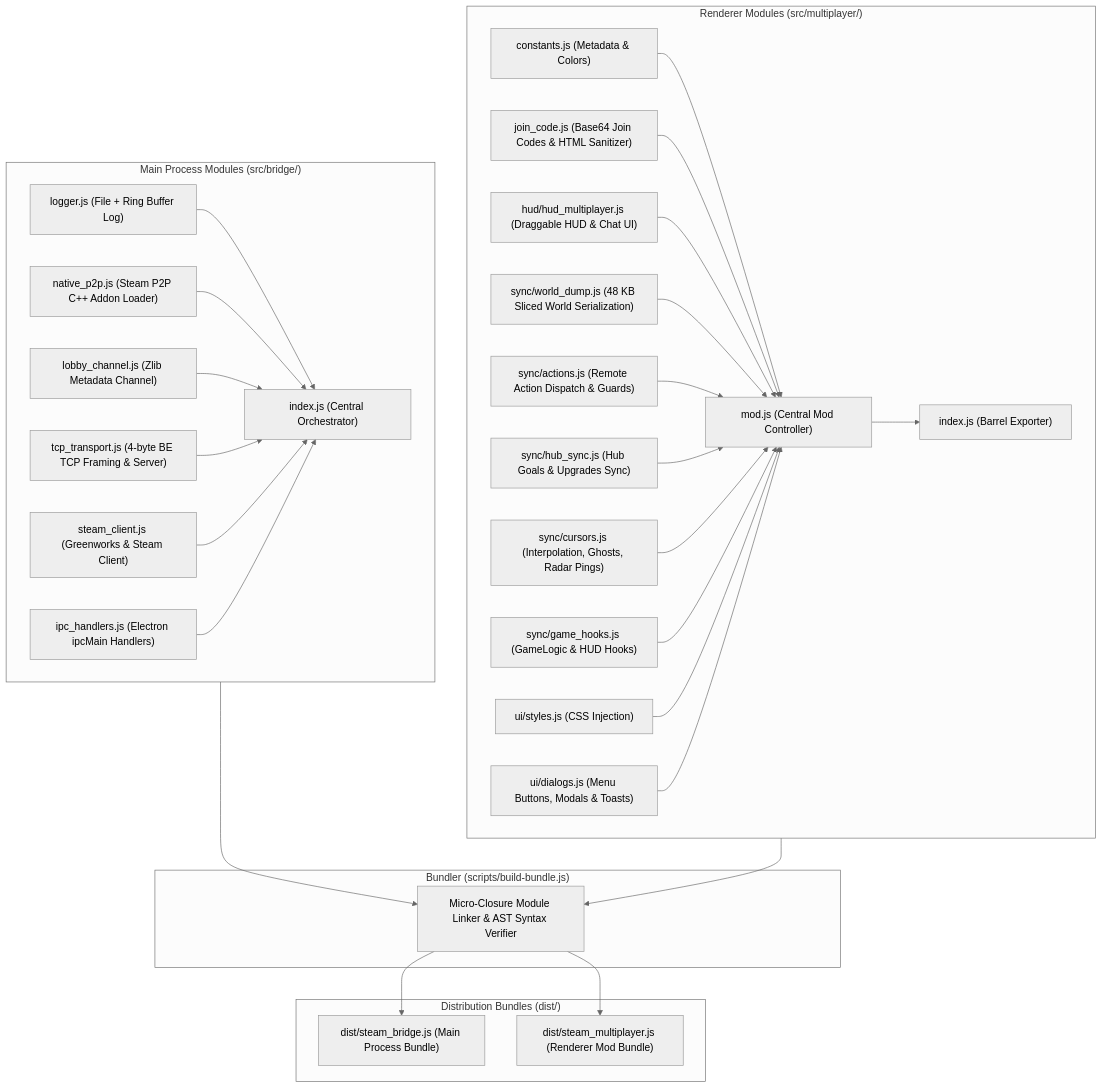
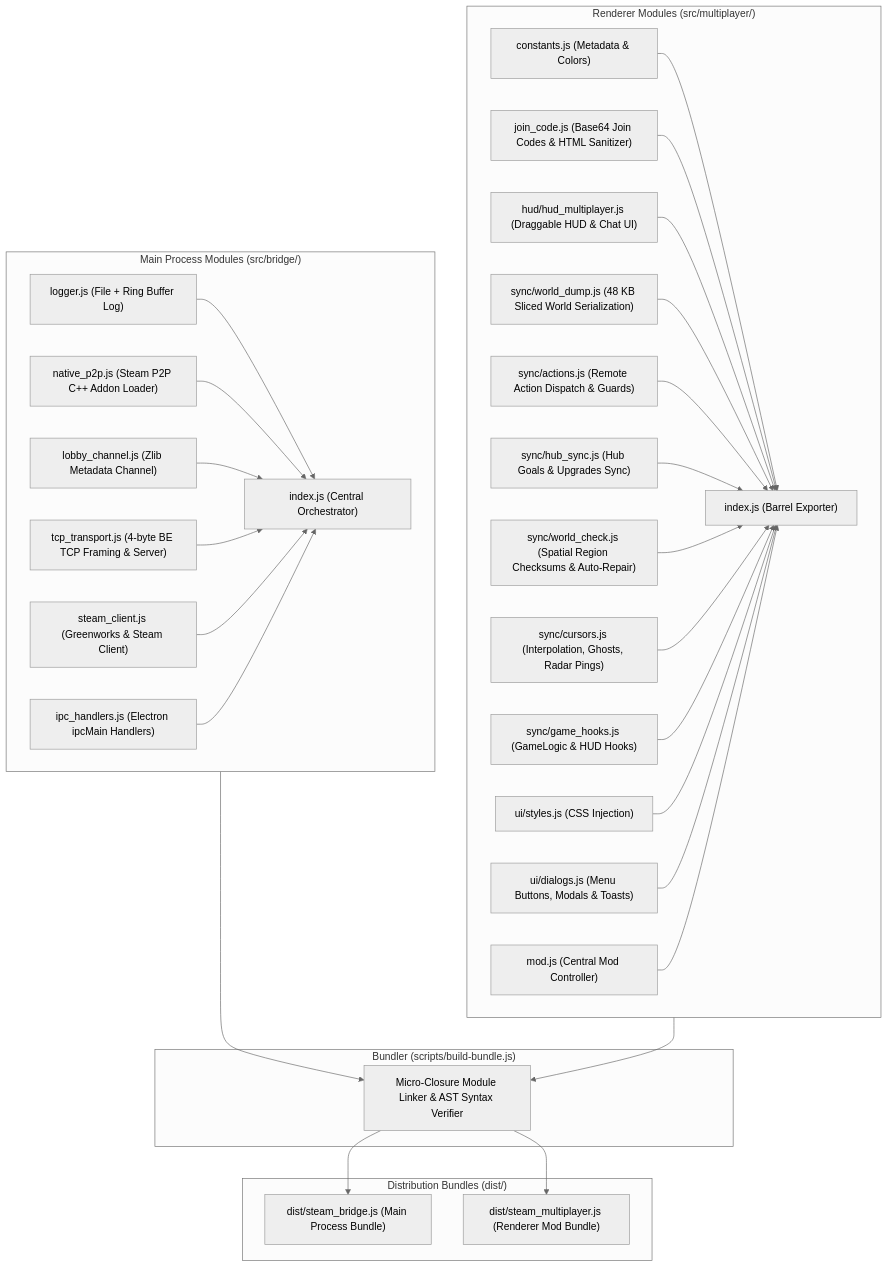
One commit to mjyousif/shapez-steam-multiplayer-mod changed the second of 2 diagrams in docs/technical-design/architecture.md. Above: the diagram before and after it, drawn with Mermaid (neutral theme). The commit also changed other lines of this file and 18 other files, not shown here.

First line of the commit message:
fix(sync): host-authoritative upgrades, background checksum self-healing, and seamless in-game resync (#22)

````diff
--- a/docs/technical-design/architecture.md
+++ b/docs/technical-design/architecture.md
@@ -167,43 +167,44 @@
 ```mermaid
 flowchart TD
     subgraph ModularBridge["Main Process Modules (src/bridge/)"]
         B1["logger.js (File + Ring Buffer Log)"]
         B2["native_p2p.js (Steam P2P C++ Addon Loader)"]
         B3["lobby_channel.js (Zlib Metadata Channel)"]
         B4["tcp_transport.js (4-byte BE TCP Framing & Server)"]
         B5["steam_client.js (Greenworks & Steam Client)"]
         B6["ipc_handlers.js (Electron ipcMain Handlers)"]
         B7["index.js (Central Orchestrator)"]
 
         B1 & B2 & B3 & B4 & B5 & B6 --> B7
     end
 
     subgraph ModularMod["Renderer Modules (src/multiplayer/)"]
         M1["constants.js (Metadata & Colors)"]
         M2["join_code.js (Base64 Join Codes & HTML Sanitizer)"]
         M3["hud/hud_multiplayer.js (Draggable HUD & Chat UI)"]
         M4["sync/world_dump.js (48 KB Sliced World Serialization)"]
         M5["sync/actions.js (Remote Action Dispatch & Guards)"]
         M6["sync/hub_sync.js (Hub Goals & Upgrades Sync)"]
-        M7["sync/cursors.js (Interpolation, Ghosts, Radar Pings)"]
-        M8["sync/game_hooks.js (GameLogic & HUD Hooks)"]
-        M9["ui/styles.js (CSS Injection)"]
-        M10["ui/dialogs.js (Menu Buttons, Modals & Toasts)"]
-        M11["mod.js (Central Mod Controller)"]
-        M12["index.js (Barrel Exporter)"]
+        M7["sync/world_check.js (Spatial Region Checksums & Auto-Repair)"]
+        M8["sync/cursors.js (Interpolation, Ghosts, Radar Pings)"]
+        M9["sync/game_hooks.js (GameLogic & HUD Hooks)"]
+        M10["ui/styles.js (CSS Injection)"]
+        M11["ui/dialogs.js (Menu Buttons, Modals & Toasts)"]
+        M12["mod.js (Central Mod Controller)"]
+        M13["index.js (Barrel Exporter)"]
 
-        M1 & M2 & M3 & M4 & M5 & M6 & M7 & M8 & M9 & M10 --> M11 --> M12
+        M1 & M2 & M3 & M4 & M5 & M6 & M7 & M8 & M9 & M10 & M11 & M12 --> M13
     end
 
     subgraph Bundler["Bundler (scripts/build-bundle.js)"]
         BB["Micro-Closure Module Linker & AST Syntax Verifier"]
     end
 
     subgraph Distribution["Distribution Bundles (dist/)"]
         DistBridge["dist/steam_bridge.js (Main Process Bundle)"]
         DistMod["dist/steam_multiplayer.js (Renderer Mod Bundle)"]
     end
 
     ModularBridge --> BB --> DistBridge
     ModularMod --> BB --> DistMod
 ```
````
